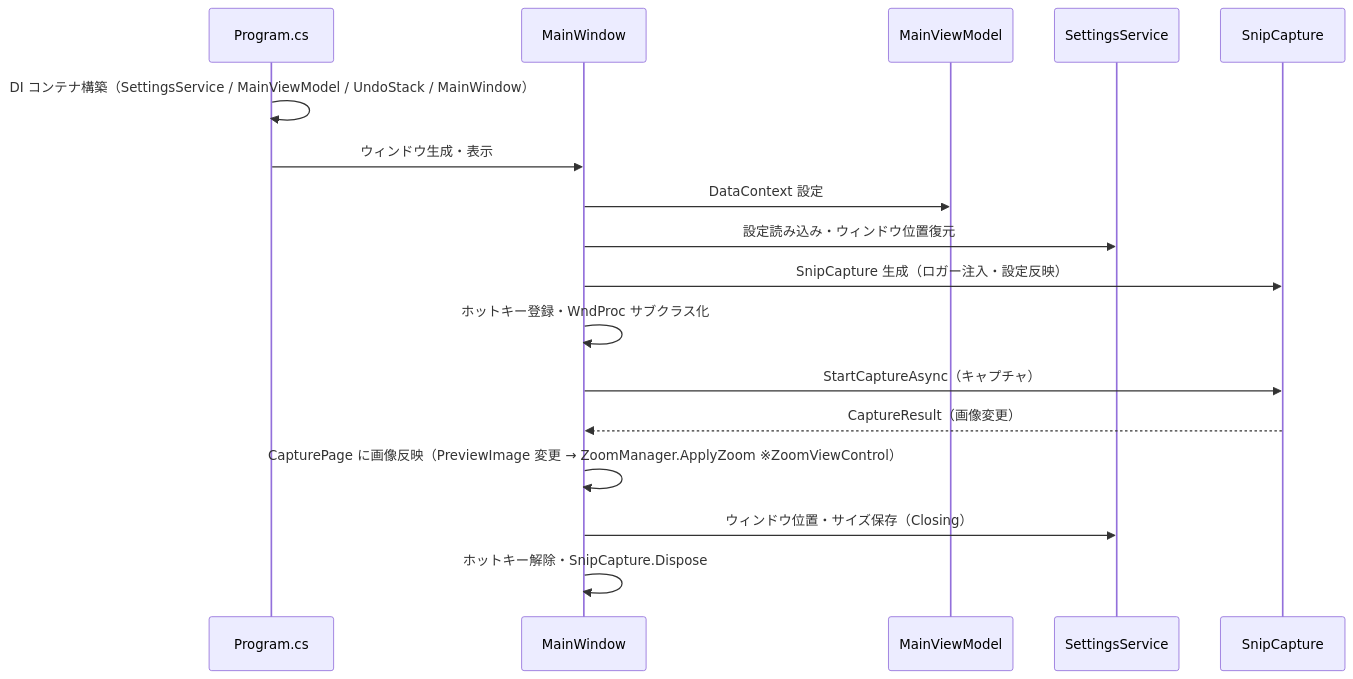
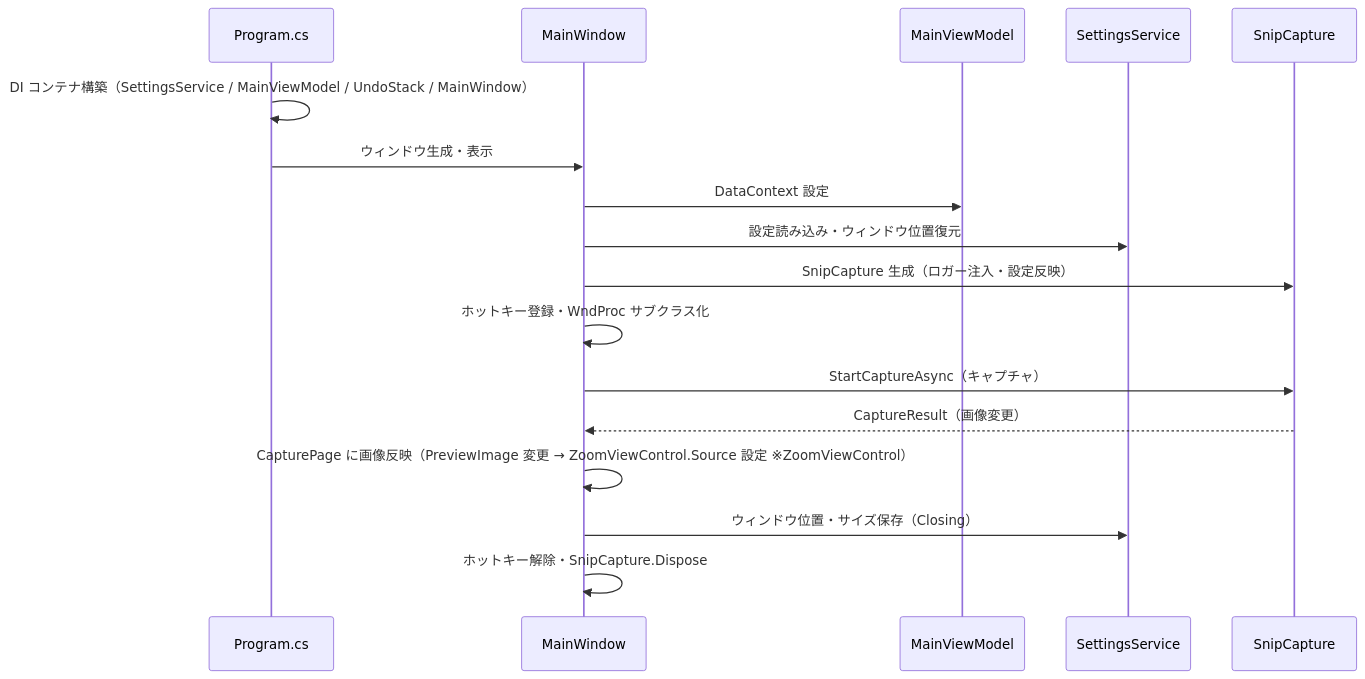
The second of 2 diagrams in src/app/SPEC_System.md (tomokuni/SaveEvidence), drawn with Mermaid before and after one commit. The commit also changed other lines of this file and 43 other files, not shown here.

First line of the commit message:
Add ZoomViewControl with zoom functionality and event handling

````diff
--- a/src/app/SPEC_System.md
+++ b/src/app/SPEC_System.md
@@ -261,22 +261,22 @@
 ```mermaid
 sequenceDiagram
     participant Prg as Program.cs
     participant MW as MainWindow
     participant VM as MainViewModel
     participant SS as SettingsService
     participant SN as SnipCapture
 
     Prg->>Prg: DI コンテナ構築（SettingsService / MainViewModel / UndoStack / MainWindow）
     Prg->>MW: ウィンドウ生成・表示
     MW->>VM: DataContext 設定
     MW->>SS: 設定読み込み・ウィンドウ位置復元
     MW->>SN: SnipCapture 生成（ロガー注入・設定反映）
     MW->>MW: ホットキー登録・WndProc サブクラス化
 
     MW->>SN: StartCaptureAsync（キャプチャ）
     SN-->>MW: CaptureResult（画像変更）
-    MW->>MW: CapturePage に画像反映（PreviewImage 変更 → ZoomManager.ApplyZoom ※ZoomViewControl）
+    MW->>MW: CapturePage に画像反映（PreviewImage 変更 → ZoomViewControl.Source 設定 ※ZoomViewControl）
 
     MW->>SS: ウィンドウ位置・サイズ保存（Closing）
     MW->>MW: ホットキー解除・SnipCapture.Dispose
 ```
````
